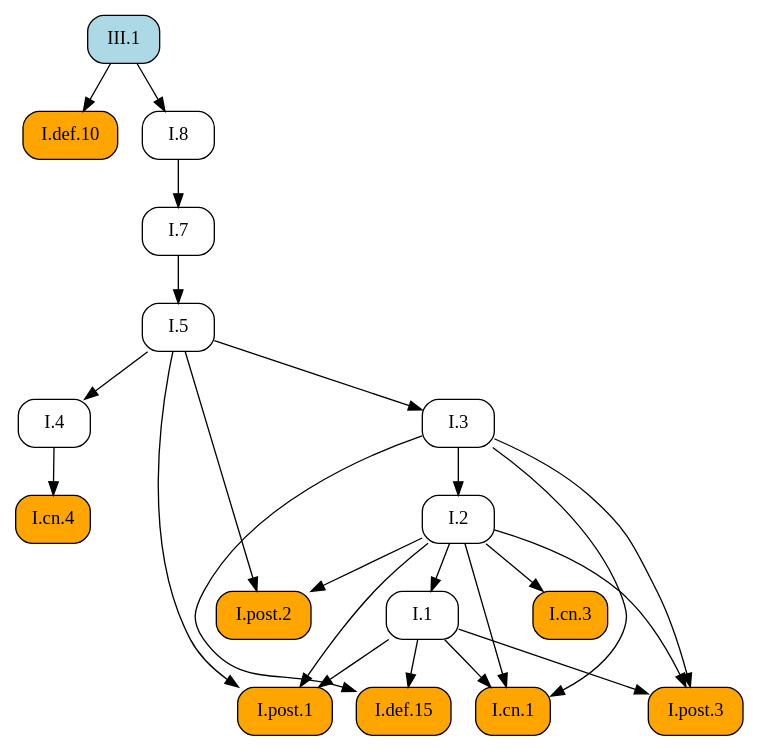
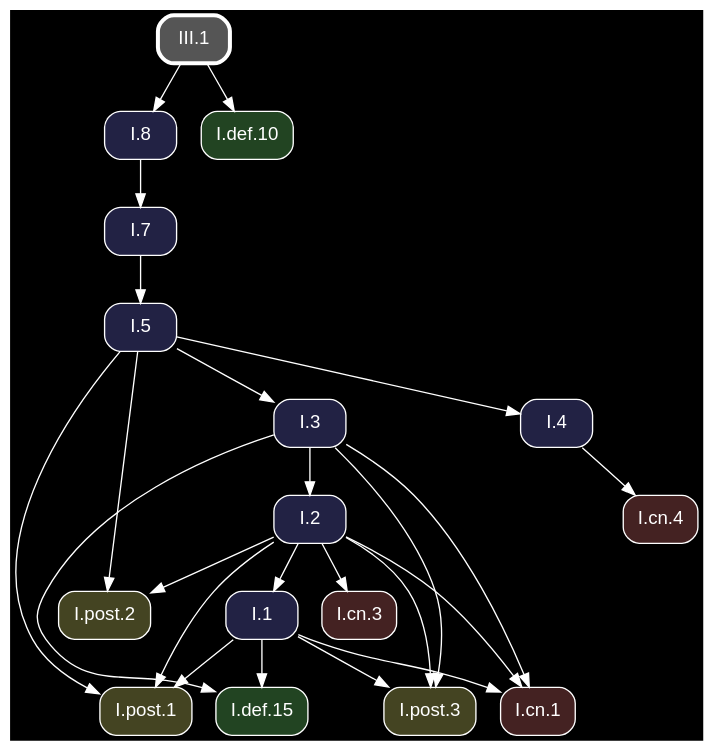
One commit to geometor/elements changed the diagram in docsrc/heath/III/1/index.rst. Above: the diagram before and after it, drawn with Graphviz. The commit also changed other lines of this file and 1200 other files, not shown here.

Commit message:
update dependency graphs

```diff
--- a/docsrc/heath/III/1/index.rst
+++ b/docsrc/heath/III/1/index.rst
@@ -102,45 +102,47 @@
 .. graphviz::
 
    digraph {
+     bgcolor="black";
+     node [shape=box, style="rounded,filled", fontname="Helvetica", color="white", fontcolor="white"];
+     edge [color="white", fontcolor="white"];
      rankdir="TB";
-     node [shape=box, style=rounded];
-     "I.def.10" [style="rounded,filled", fillcolor=orange, URL="/heath/I/def.10/", target="_top"];
-     "I.cn.1" [style="rounded,filled", fillcolor=orange, URL="/heath/I/cn.1/", target="_top"];
-     "I.7" [URL="/heath/I/7/", target="_top"];
-     "I.2" [URL="/heath/I/2/", target="_top"];
-     "I.def.15" [style="rounded,filled", fillcolor=orange, URL="/heath/I/def.15/", target="_top"];
-     "I.4" [URL="/heath/I/4/", target="_top"];
-     "I.cn.4" [style="rounded,filled", fillcolor=orange, URL="/heath/I/cn.4/", target="_top"];
-     "I.1" [URL="/heath/I/1/", target="_top"];
-     "I.5" [URL="/heath/I/5/", target="_top"];
-     "I.post.1" [style="rounded,filled", fillcolor=orange, URL="/heath/I/post.1/", target="_top"];
-     "I.8" [URL="/heath/I/8/", target="_top"];
-     "I.post.2" [style="rounded,filled", fillcolor=orange, URL="/heath/I/post.2/", target="_top"];
-     "I.post.3" [style="rounded,filled", fillcolor=orange, URL="/heath/I/post.3/", target="_top"];
-     "III.1" [style="rounded,filled", fillcolor=lightblue, URL="/heath/III/1/", target="_top"];
-     "I.cn.3" [style="rounded,filled", fillcolor=orange, URL="/heath/I/cn.3/", target="_top"];
-     "I.3" [URL="/heath/I/3/", target="_top"];
-     "III.1" -> "I.def.10";
+     "I.1" [fillcolor="#222244", URL="/heath/I/1/", target="_top"];
+     "I.post.2" [fillcolor="#444422", URL="/heath/I/post.2/", target="_top"];
+     "I.3" [fillcolor="#222244", URL="/heath/I/3/", target="_top"];
+     "I.post.1" [fillcolor="#444422", URL="/heath/I/post.1/", target="_top"];
+     "I.cn.1" [fillcolor="#442222", URL="/heath/I/cn.1/", target="_top"];
+     "I.def.10" [fillcolor="#224422", URL="/heath/I/def.10/", target="_top"];
+     "I.8" [fillcolor="#222244", URL="/heath/I/8/", target="_top"];
+     "I.4" [fillcolor="#222244", URL="/heath/I/4/", target="_top"];
+     "I.post.3" [fillcolor="#444422", URL="/heath/I/post.3/", target="_top"];
+     "III.1" [penwidth=3, color="white", fillcolor="#555555", URL="/heath/III/1/", target="_top"];
+     "I.cn.3" [fillcolor="#442222", URL="/heath/I/cn.3/", target="_top"];
+     "I.7" [fillcolor="#222244", URL="/heath/I/7/", target="_top"];
+     "I.def.15" [fillcolor="#224422", URL="/heath/I/def.15/", target="_top"];
+     "I.5" [fillcolor="#222244", URL="/heath/I/5/", target="_top"];
+     "I.2" [fillcolor="#222244", URL="/heath/I/2/", target="_top"];
+     "I.cn.4" [fillcolor="#442222", URL="/heath/I/cn.4/", target="_top"];
+     "I.2" -> "I.1";
+     "I.2" -> "I.post.2";
+     "I.5" -> "I.post.2";
+     "I.5" -> "I.3";
+     "I.1" -> "I.post.1";
+     "I.2" -> "I.post.1";
+     "I.5" -> "I.post.1";
      "I.1" -> "I.cn.1";
      "I.2" -> "I.cn.1";
      "I.3" -> "I.cn.1";
-     "I.8" -> "I.7";
-     "I.3" -> "I.2";
-     "I.1" -> "I.def.15";
-     "I.3" -> "I.def.15";
+     "III.1" -> "I.def.10";
+     "III.1" -> "I.8";
      "I.5" -> "I.4";
-     "I.4" -> "I.cn.4";
-     "I.2" -> "I.1";
-     "I.7" -> "I.5";
-     "I.1" -> "I.post.1";
-     "I.2" -> "I.post.1";
-     "I.5" -> "I.post.1";
-     "III.1" -> "I.8";
-     "I.2" -> "I.post.2";
-     "I.5" -> "I.post.2";
      "I.1" -> "I.post.3";
      "I.2" -> "I.post.3";
      "I.3" -> "I.post.3";
      "I.2" -> "I.cn.3";
-     "I.5" -> "I.3";
+     "I.8" -> "I.7";
+     "I.1" -> "I.def.15";
+     "I.3" -> "I.def.15";
+     "I.7" -> "I.5";
+     "I.3" -> "I.2";
+     "I.4" -> "I.cn.4";
    }
```
